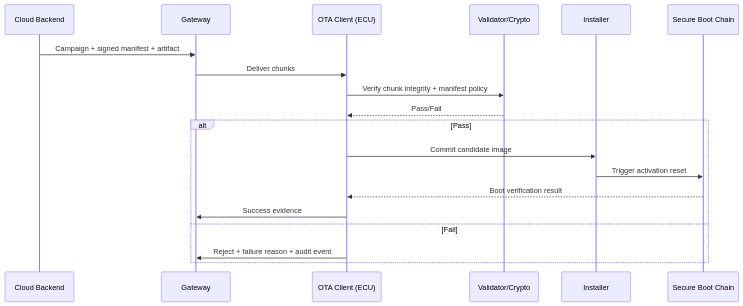
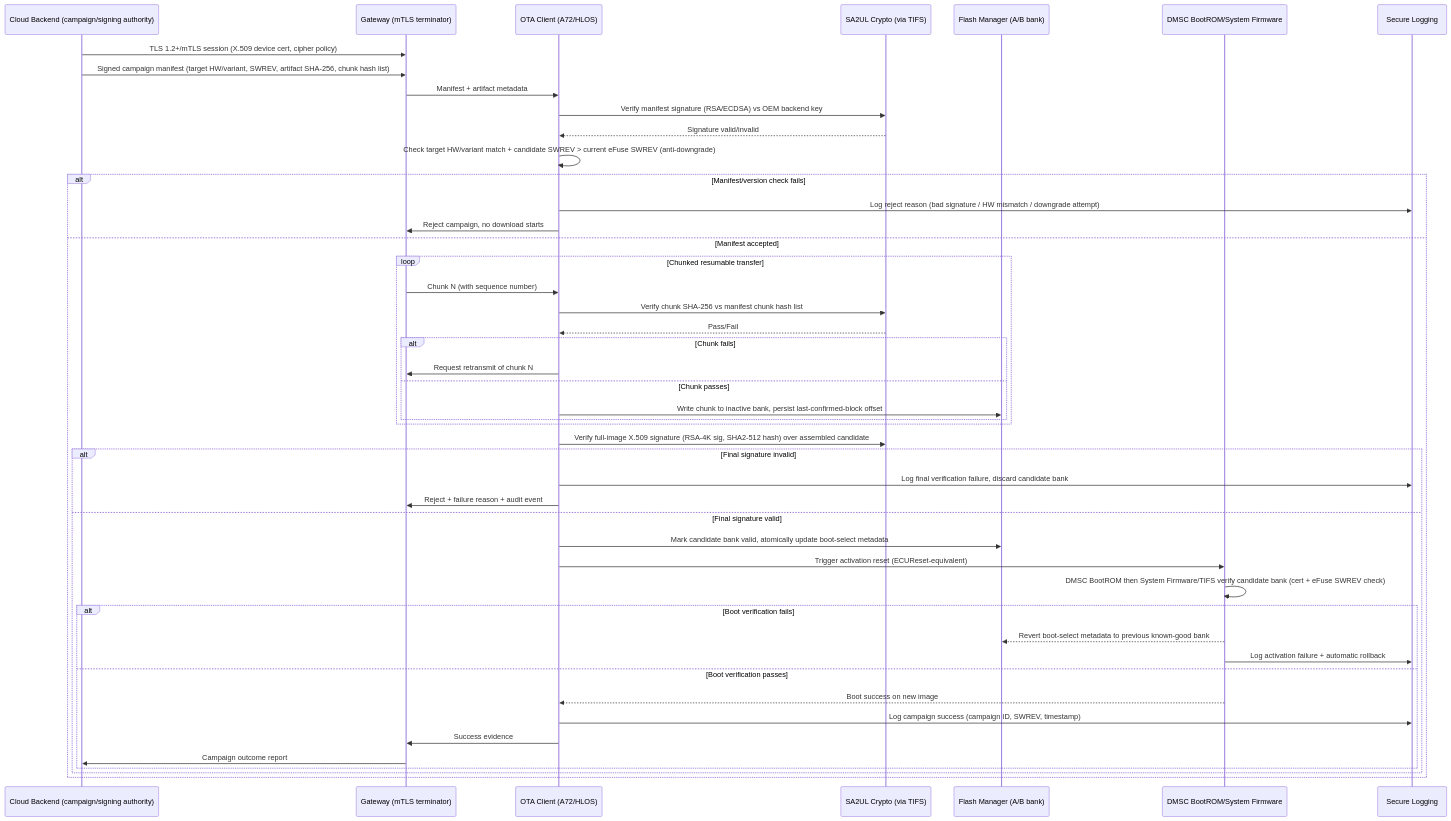
The third of 3 diagrams in TDA4VM_OTA_FOTA_SOTA_Requirements.md (vinodneelakantam/Sec_Concepts_Req_tracability), drawn with Mermaid before and after one commit. The commit also changed other lines of this file and 8 other files, not shown here.

````diff
--- a/TDA4VM_OTA_FOTA_SOTA_Requirements.md
+++ b/TDA4VM_OTA_FOTA_SOTA_Requirements.md
@@ -93,22 +93,50 @@
 ```mermaid
 sequenceDiagram
-  participant C as Cloud Backend
-  participant G as Gateway
-  participant E as OTA Client (ECU)
-  participant V as Validator/Crypto
-  participant I as Installer
-  participant B as Secure Boot Chain
+  participant C as Cloud Backend (campaign/signing authority)
+  participant G as Gateway (mTLS terminator)
+  participant E as OTA Client (A72/HLOS)
+  participant Y as SA2UL Crypto (via TIFS)
+  participant F as Flash Manager (A/B bank)
+  participant D as DMSC BootROM/System Firmware
+  participant L as Secure Logging
 
-  C->>G: Campaign + signed manifest + artifact
-  G->>E: Deliver chunks
-  E->>V: Verify chunk integrity + manifest policy
-  V-->>E: Pass/Fail
-  alt Pass
-    E->>I: Commit candidate image
-    I->>B: Trigger activation reset
-    B-->>E: Boot verification result
-    E->>G: Success evidence
-  else Fail
-    E->>G: Reject + failure reason + audit event
+  C->>G: TLS 1.2+/mTLS session (X.509 device cert, cipher policy)
+  C->>G: Signed campaign manifest (target HW/variant, SWREV, artifact SHA-256, chunk hash list)
+  G->>E: Manifest + artifact metadata
+  E->>Y: Verify manifest signature (RSA/ECDSA) vs OEM backend key
+  Y-->>E: Signature valid/invalid
+  E->>E: Check target HW/variant match + candidate SWREV > current eFuse SWREV (anti-downgrade)
+  alt Manifest/version check fails
+    E->>L: Log reject reason (bad signature / HW mismatch / downgrade attempt)
+    E->>G: Reject campaign, no download starts
+  else Manifest accepted
+    loop Chunked resumable transfer
+      G->>E: Chunk N (with sequence number)
+      E->>Y: Verify chunk SHA-256 vs manifest chunk hash list
+      Y-->>E: Pass/Fail
+      alt Chunk fails
+        E->>G: Request retransmit of chunk N
+      else Chunk passes
+        E->>F: Write chunk to inactive bank, persist last-confirmed-block offset
+      end
+    end
+    E->>Y: Verify full-image X.509 signature (RSA-4K sig, SHA2-512 hash) over assembled candidate
+    alt Final signature invalid
+      E->>L: Log final verification failure, discard candidate bank
+      E->>G: Reject + failure reason + audit event
+    else Final signature valid
+      E->>F: Mark candidate bank valid, atomically update boot-select metadata
+      E->>D: Trigger activation reset (ECUReset-equivalent)
+      D->>D: DMSC BootROM then System Firmware/TIFS verify candidate bank (cert + eFuse SWREV check)
+      alt Boot verification fails
+        D-->>F: Revert boot-select metadata to previous known-good bank
+        D->>L: Log activation failure + automatic rollback
+      else Boot verification passes
+        D-->>E: Boot success on new image
+        E->>L: Log campaign success (campaign ID, SWREV, timestamp)
+        E->>G: Success evidence
+        G->>C: Campaign outcome report
+      end
+    end
   end
 ```
````
